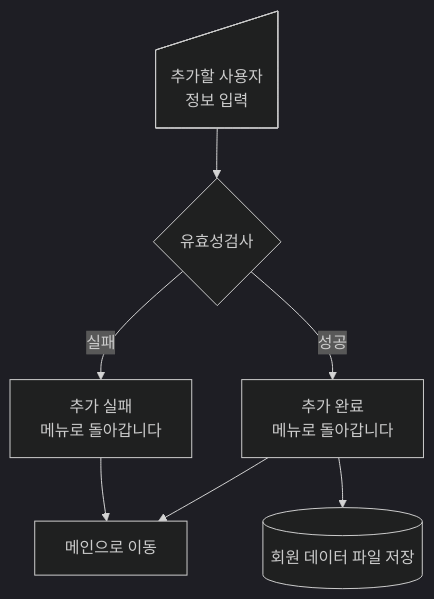
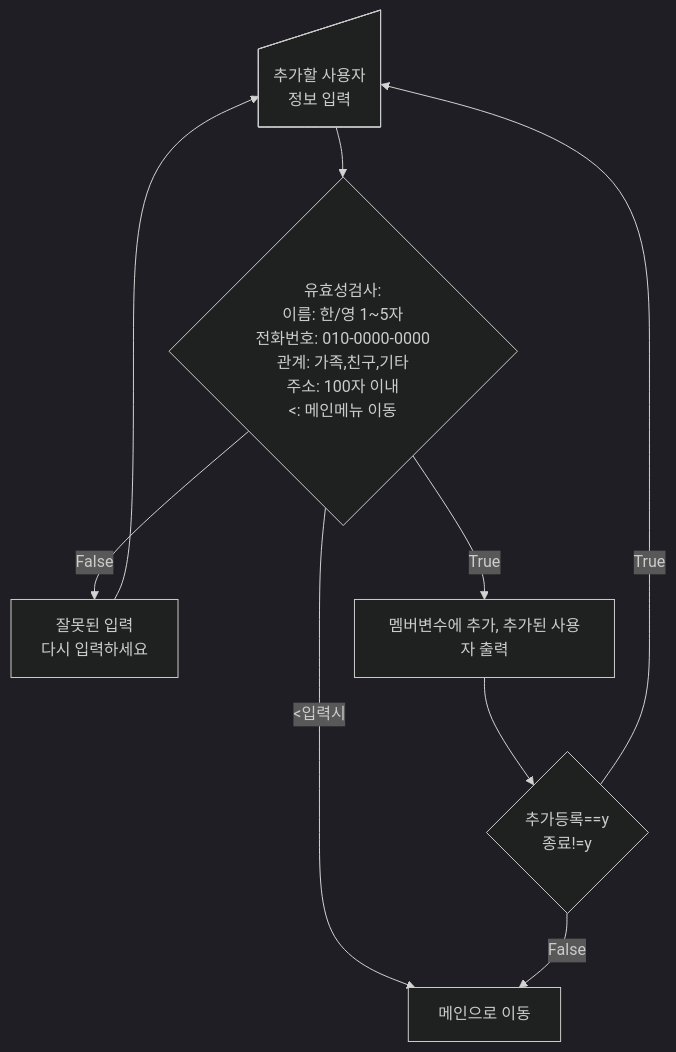
Before and after one commit to Happy-o3ov/big20-python-project1-team3: the diagram in docs/flowchart_IMH/add.md, drawn with Mermaid (dark theme). The commit also changed 4 other files, not shown here.

````diff
--- a/docs/flowchart_IMH/add.md
+++ b/docs/flowchart_IMH/add.md
@@ -3,21 +3,23 @@
 ```mermaid
 flowchart TD
 
     %% 추가할 사용자 정보입력, 유효성검사
     add_input@{ shape: manual-input, label: "추가할 사용자<br>정보 입력"}
-    check_add_input{유효성검사}
+    check_add_input{유효성검사:<br>이름: 한/영 1~5자<br>전화번호: 010-0000-0000
+                    관계: 가족,친구,기타<br> 주소: 100자 이내<br> <: 메인메뉴 이동}
 
     %% 검사 후 동작
-    add_fail[추가 실패<br>메뉴로 돌아갑니다]
-    add_success[추가 완료<br>메뉴로 돌아갑니다]
-    save_file[(회원 데이터 파일 저장)]
-    return_menu[메인으로 이동]
+    add_fail[잘못된 입력<br>다시 입력하세요]
+    add_success[멤버변수에 추가, 추가된 사용자 출력]
+    add_return_menu[메인으로 이동]
+    check_add_again{추가등록==y<br>종료!=y}
 
     add_input --> check_add_input
-    check_add_input -->|실패| add_fail
-    check_add_input -->|성공| add_success
-    add_fail --> return_menu
-    add_success --> save_file
-    add_success --> return_menu
+    check_add_input -->|<입력시| add_return_menu
+    check_add_input -->|True| add_success
+    check_add_input -->|False| add_fail --> add_input
+    add_success --> check_add_again
+    check_add_again -->|True| add_input
+    check_add_again -->|False| add_return_menu
 
 ```
````
